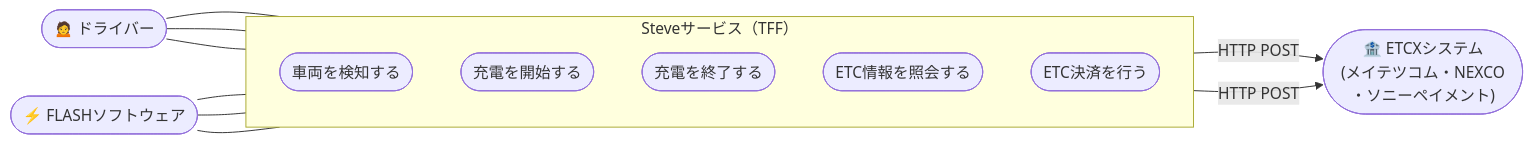
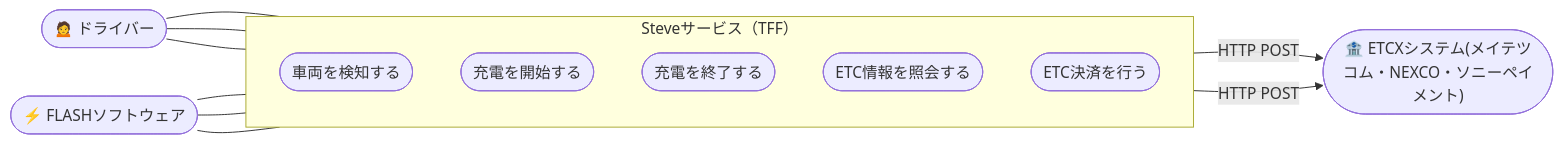
Before and after one commit to Toyamakawa/ETCX: the diagram in usecase.md, drawn with Mermaid.

Commit message:
アクターを修正

````diff
--- a/usecase.md
+++ b/usecase.md
@@ -1,27 +1,27 @@
 ```mermaid
 flowchart LR
   driver(["🙍 ドライバー"])
   flash(["⚡ FLASHソフトウェア"])
 
   subgraph system["Steveサービス（TFF）"]
     direction TB
     UC1(["車両を検知する"])
     UC3(["充電を開始する"])
     UC4(["充電を終了する"])
     UC2(["ETC情報を照会する"])
     UC5(["ETC決済を行う"])
   end
 
-  etcx(["🏦 ETCXシステム\n(メイテツコム・NEXCO\n・ソニーペイメント)"])
+  etcx(["🏦 ETCXシステム(メイテツコム・NEXCO・ソニーペイメント)"])
 
   driver --- UC1
   driver --- UC3
   driver --- UC4
 
   flash --- UC1
   flash --- UC3
   flash --- UC4
 
   UC2 -->|HTTP POST| etcx
   UC5 -->|HTTP POST| etcx
 ```
````
